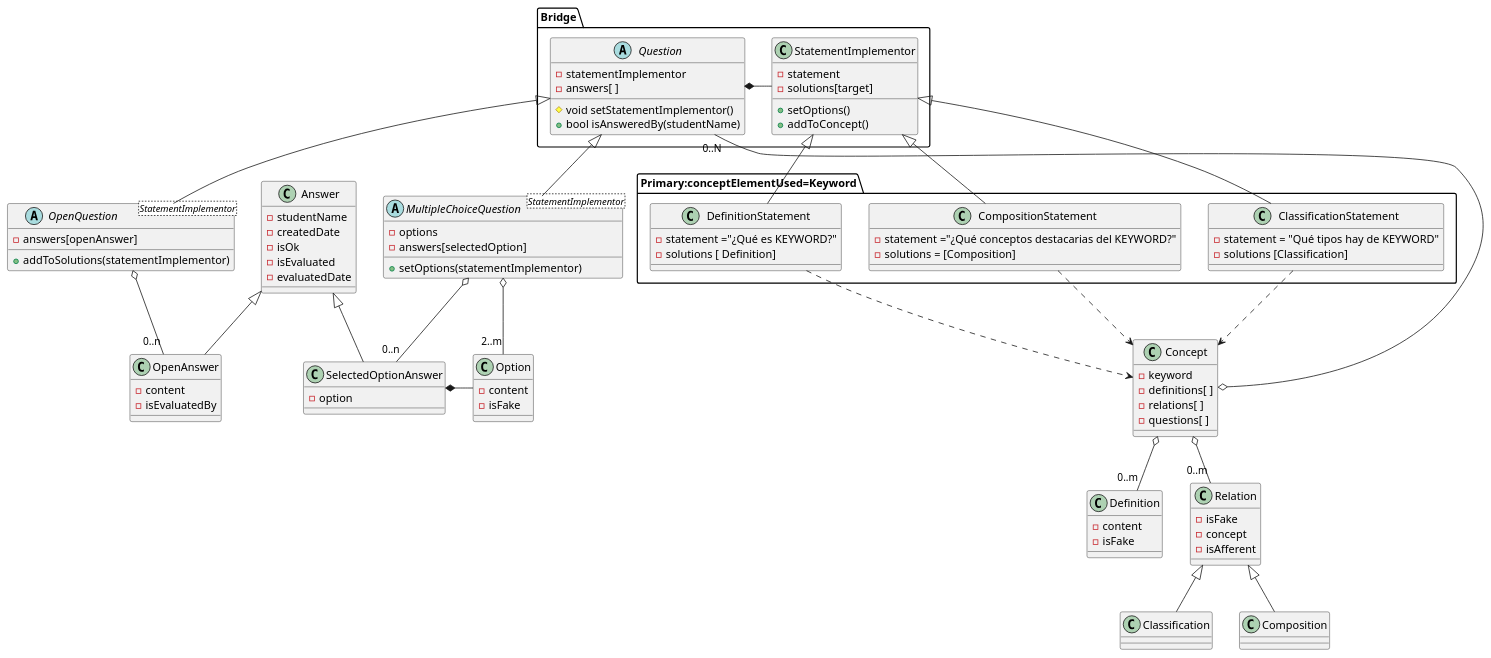
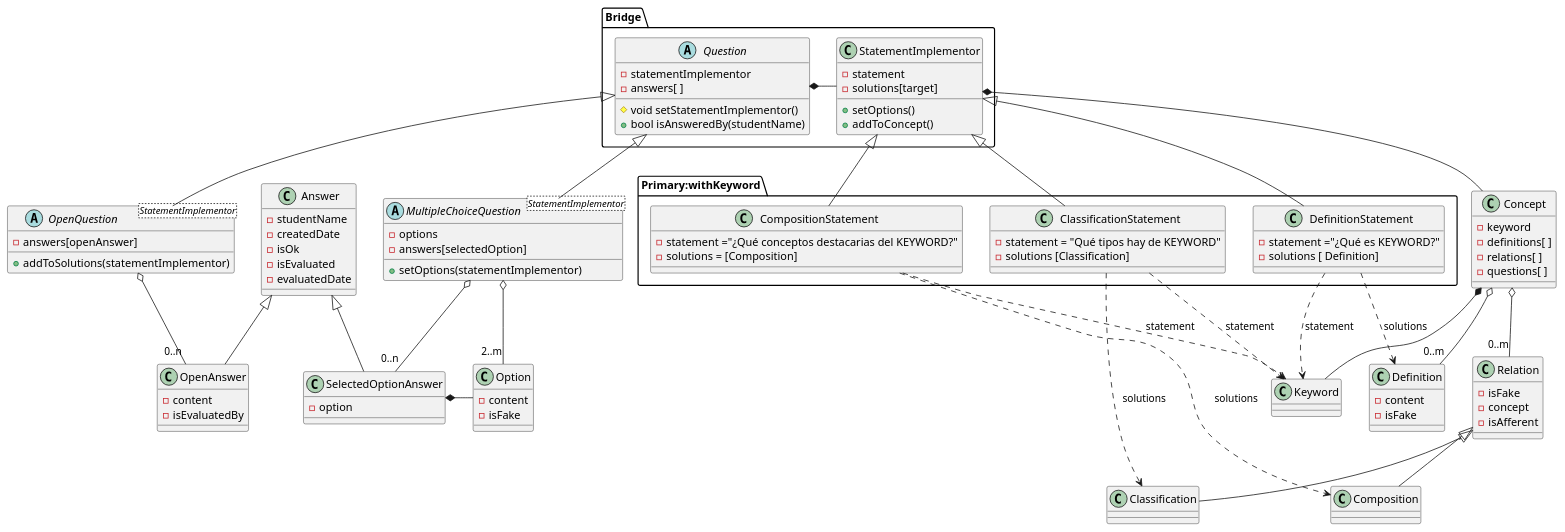
Before and after one commit to Joselon/ProyectoOpoTest: the diagram in doc/dominio_detail_bridgeStatement.puml, drawn with PlantUML. The commit also changed 3 other files, not shown here.

Commit message:
Revision Clase 13 diagramas

```diff
--- a/doc/dominio_detail_bridgeStatement.puml
+++ b/doc/dominio_detail_bridgeStatement.puml
@@ -1,119 +1,123 @@
 @startuml ConceptDomainDetailBridge
 
 class Concept {
     - keyword
     - definitions[ ]
     - relations[ ]
     - questions[ ]
 }
 
 class Definition {
     - content
     - isFake
 }
 
 class Relation {
     - isFake
     - concept
     - isAfferent
 }
 
 class Classification
 
 class Composition
 
-package Primary:conceptElementUsed=Keyword {
+package Primary:withKeyword {
     class DefinitionStatement {
         - statement ="¿Qué es KEYWORD?"
         - solutions [ Definition]
     }
 
     class ClassificationStatement {
         - statement = "Qué tipos hay de KEYWORD"
         - solutions [Classification]
     }
 
     class CompositionStatement {
         - statement ="¿Qué conceptos destacarias del KEYWORD?"
         - solutions = [Composition]
     }
 }
 
 abstract class OpenQuestion<StatementImplementor>{
     -answers[openAnswer]
     + addToSolutions(statementImplementor)
 }
 
 class OpenAnswer {
     - content
     - isEvaluatedBy
 }
 
 abstract class MultipleChoiceQuestion<StatementImplementor>{
     - options
     - answers[selectedOption]
     + setOptions(statementImplementor)
 }
 
 class Option {
     - content
     - isFake
 }
 
 class SelectedOptionAnswer {
     - option
 }
 
 class Answer {
     - studentName
     - createdDate
     - isOk
     - isEvaluated
     - evaluatedDate
 }
 
 package Bridge {
     abstract class Question {
         - statementImplementor
         - answers[ ]
         # void setStatementImplementor()
         + bool isAnsweredBy(studentName)
     }
 
     class StatementImplementor {
         - statement
         - solutions[target]
         + setOptions()
         + addToConcept()
     }
 
 }
 
-Question *- StatementImplementor
 Question <|-- OpenQuestion
 Question <|-- MultipleChoiceQuestion
 
 OpenQuestion o--"0..n" OpenAnswer
 MultipleChoiceQuestion o--"2..m" Option
 MultipleChoiceQuestion o--"0..n" SelectedOptionAnswer
 SelectedOptionAnswer *- Option
 Answer <|-- OpenAnswer
 Answer <|-- SelectedOptionAnswer
 
-DefinitionStatement ..> Concept
-ClassificationStatement ..> Concept
-CompositionStatement ..> Concept
-
-Concept o-- "0..N" Question
-Concept o--"0..m" Definition
-
-Concept o-- "0..m" Relation
-Relation <|-- Classification
-Relation <|-- Composition
+Question *- StatementImplementor
+StatementImplementor *-- Concept
 
 StatementImplementor <|-- DefinitionStatement
 StatementImplementor <|-- ClassificationStatement
 StatementImplementor <|-- CompositionStatement
 
+DefinitionStatement ..> Keyword :statement
+ClassificationStatement ..> Keyword :statement
+CompositionStatement ..> Keyword: statement
+
+DefinitionStatement ..> Definition :solutions
+ClassificationStatement ..> Classification :solutions
+CompositionStatement ..-> Composition:solutions
+
+Concept *-- Keyword
+Concept o--"0..m" Definition
+Concept o-- "0..m" Relation
+Relation <|-- Classification
+Relation <|-- Composition
 
 @enduml
```
